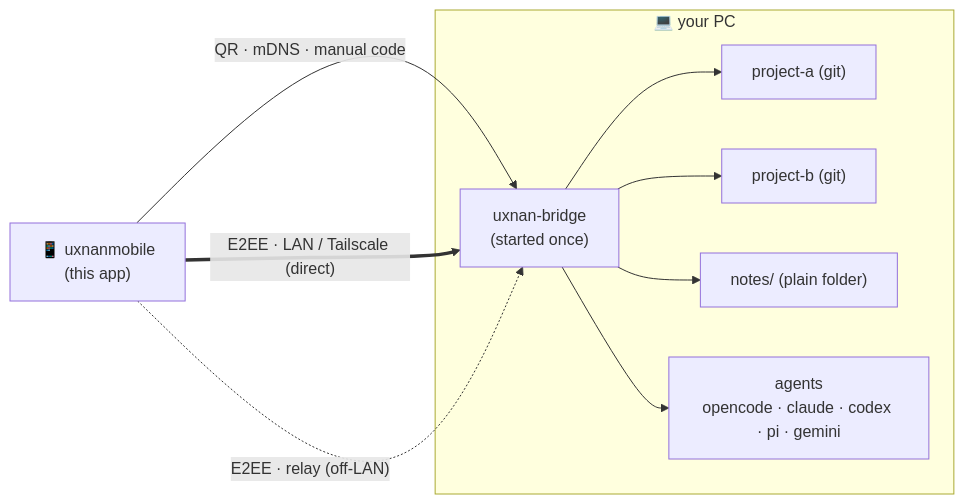
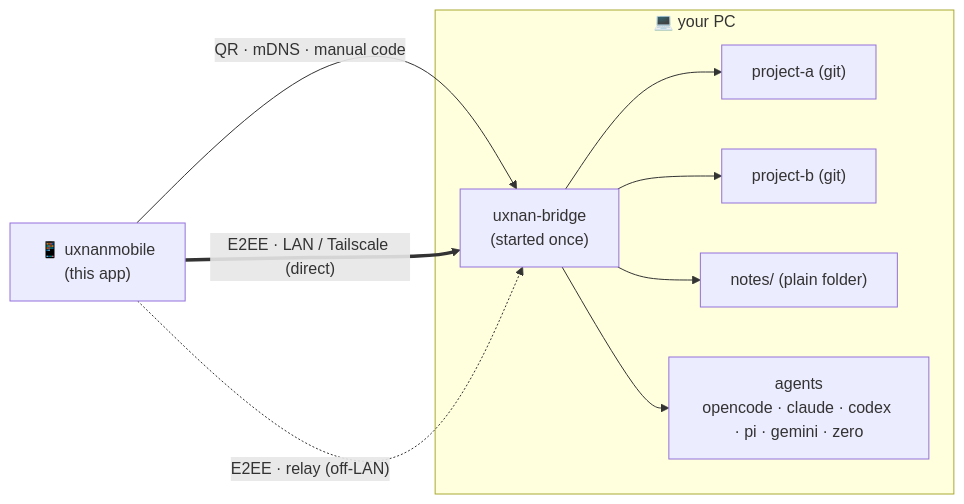
Before and after one commit to luisgamas/uxnan: the diagram in uxnanmobile/README.md, drawn with Mermaid. The commit also changed other lines of this file and 12 other files, not shown here.

````diff
--- a/uxnanmobile/README.md
+++ b/uxnanmobile/README.md
@@ -60,20 +60,20 @@
 ```mermaid
 flowchart LR
   app["📱 uxnanmobile<br/>(this app)"]
 
   subgraph pc["💻 your PC"]
     bridge["uxnan-bridge<br/>(started once)"]
     p1["project-a (git)"]
     p2["project-b (git)"]
     p3["notes/ (plain folder)"]
-    a1["agents<br/>opencode · claude · codex · pi · gemini"]
+    a1["agents<br/>opencode · claude · codex · pi · gemini · zero"]
   end
 
   app -- "QR · mDNS · manual code" --> bridge
   app == "E2EE · LAN / Tailscale (direct)" ==> bridge
   app -. "E2EE · relay (off-LAN)" .-> bridge
   bridge --> p1
   bridge --> p2
   bridge --> p3
   bridge --> a1
 ```
````
